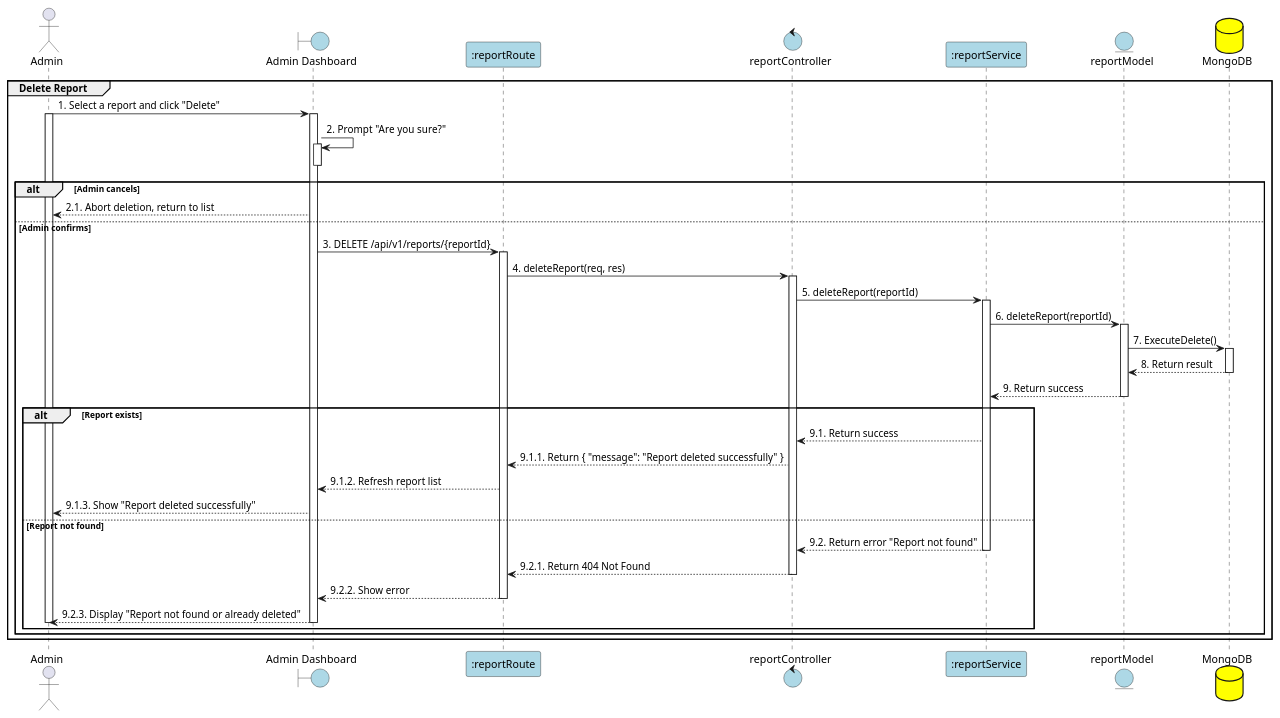
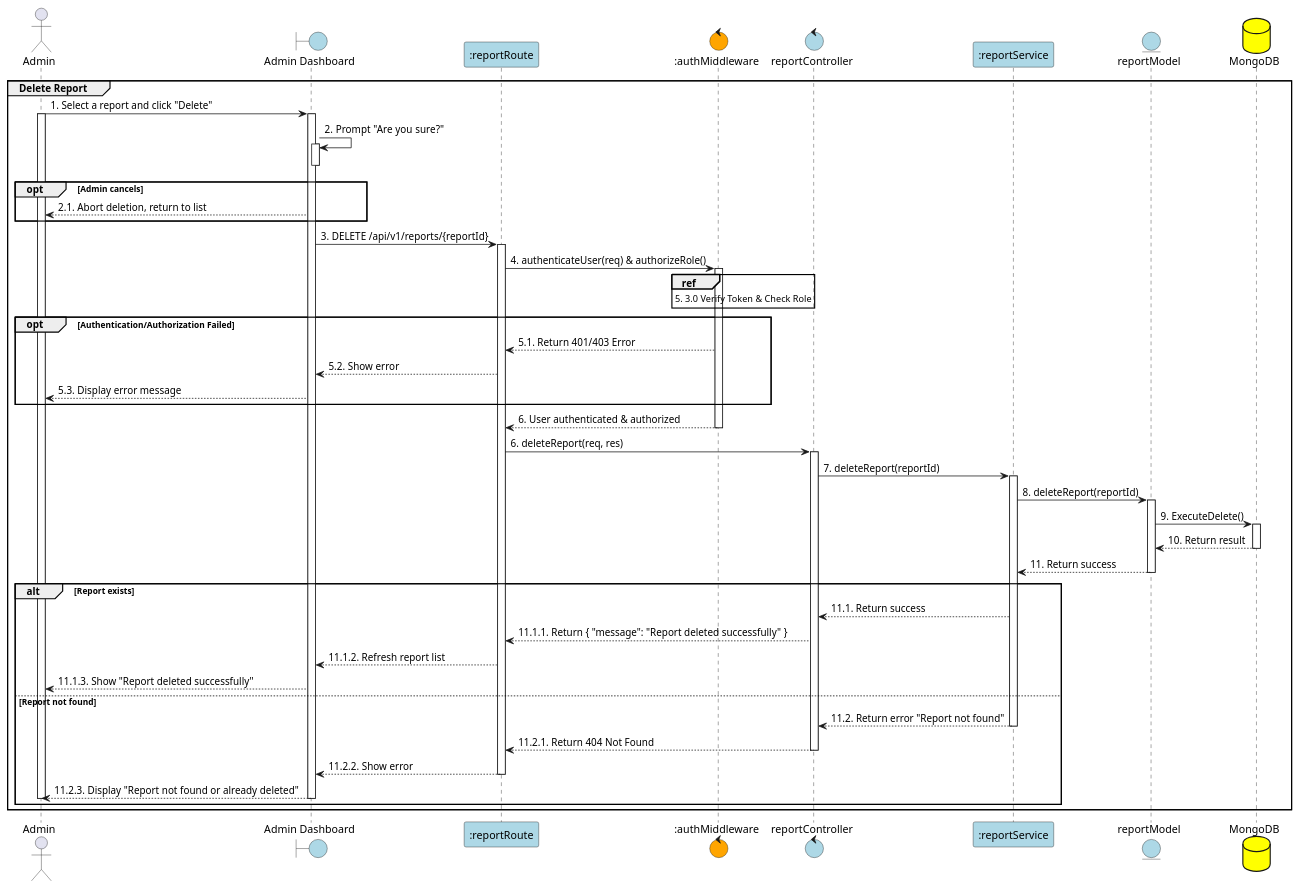
The diagram in PlanUML/50_deleteReport.puml (Aohkne/CaloCook), drawn with PlantUML before and after one commit. The commit also changed 18 other files, not shown here.

```diff
--- a/PlanUML/50_deleteReport.puml
+++ b/PlanUML/50_deleteReport.puml
@@ -1,65 +1,77 @@
 @startuml DeleteReport
 
 actor Admin
 boundary "Admin Dashboard" as View #lightblue
 participant ":reportRoute" as Route #lightblue
+control ":authMiddleware" as Auth #Orange
 control "reportController" as Controller #lightblue
 participant ":reportService" as Service #lightblue
 entity "reportModel" as Model #lightblue
 database "MongoDB" as MongoDB #yellow
 
 group Delete Report
 Admin -> View: 1. Select a report and click "Delete"
 activate Admin
 activate View
 
 View -> View: 2. Prompt "Are you sure?"
 activate View
 deactivate View
-alt Admin cancels
+
+opt Admin cancels
     View --> Admin: 2.1. Abort deletion, return to list
-else Admin confirms
+end
     View -> Route: 3. DELETE /api/v1/reports/{reportId}
     activate Route
 
-    Route -> Controller: 4. deleteReport(req, res)
+    Route -> Auth: 4. authenticateUser(req) & authorizeRole()
+activate Auth
+ref over Auth : 5. 3.0 Verify Token & Check Role
+
+opt Authentication/Authorization Failed
+    Auth --> Route: 5.1. Return 401/403 Error
+    Route --> View: 5.2. Show error
+    View --> Admin: 5.3. Display error message
+end
+Auth --> Route: 6. User authenticated & authorized
+deactivate Auth
+    Route -> Controller: 6. deleteReport(req, res)
     activate Controller
 
-    Controller -> Service: 5. deleteReport(reportId)
+    Controller -> Service: 7. deleteReport(reportId)
     activate Service
 
-    Service -> Model: 6. deleteReport(reportId)
+    Service -> Model: 8. deleteReport(reportId)
     activate Model
-    Model -> MongoDB: 7. ExecuteDelete()
+    Model -> MongoDB: 9. ExecuteDelete()
     activate MongoDB
-    MongoDB --> Model: 8. Return result
+    MongoDB --> Model: 10. Return result
     deactivate MongoDB
-    Model --> Service: 9. Return success
+    Model --> Service: 11. Return success
     deactivate Model
 
     alt Report exists
 
-        Service --> Controller: 9.1. Return success
+        Service --> Controller: 11.1. Return success
 
-        Controller --> Route: 9.1.1. Return { "message": "Report deleted successfully" }
+        Controller --> Route: 11.1.1. Return { "message": "Report deleted successfully" }
 
-        Route --> View: 9.1.2. Refresh report list
+        Route --> View: 11.1.2. Refresh report list
 
-        View --> Admin: 9.1.3. Show "Report deleted successfully"
+        View --> Admin: 11.1.3. Show "Report deleted successfully"
     else Report not found
-        Service --> Controller: 9.2. Return error "Report not found"
+        Service --> Controller: 11.2. Return error "Report not found"
         deactivate Service
 
-        Controller --> Route: 9.2.1. Return 404 Not Found
+        Controller --> Route: 11.2.1. Return 404 Not Found
         deactivate Controller
 
-        Route --> View: 9.2.2. Show error
+        Route --> View: 11.2.2. Show error
         deactivate Route
 
-        View --> Admin: 9.2.3. Display "Report not found or already deleted"
+        View --> Admin: 11.2.3. Display "Report not found or already deleted"
         deactivate View
         deactivate Admin
     end
 end
-end
 @enduml
```
